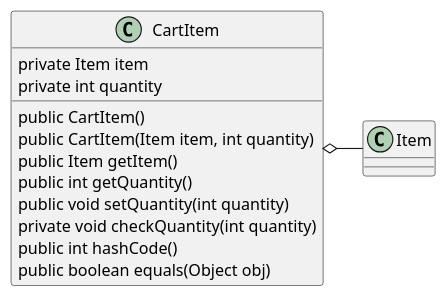
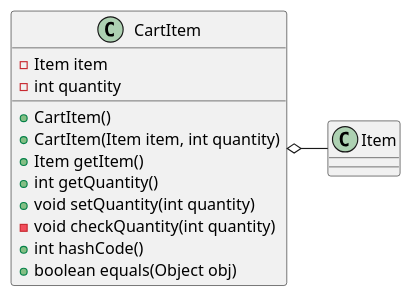
One commit to Peter408/POST-console-application changed the diagram in plantuml/item/cartitem.wsd. Above: the diagram before and after it, drawn with PlantUML. The commit also changed 1 other file, not shown here.

Commit message:
fix cartitem uml

```diff
--- a/plantuml/item/cartitem.wsd
+++ b/plantuml/item/cartitem.wsd
@@ -1,17 +1,17 @@
 @startuml cartitem
 class Item
 class CartItem {
-    private Item item
-    private int quantity
-    public CartItem()
-    public CartItem(Item item, int quantity)
-    public Item getItem()
-    public int getQuantity()
-    public void setQuantity(int quantity)
-    private void checkQuantity(int quantity)
-    public int hashCode()
-    public boolean equals(Object obj)
+    - Item item
+    - int quantity
+    + CartItem()
+    + CartItem(Item item, int quantity)
+    + Item getItem()
+    + int getQuantity()
+    + void setQuantity(int quantity)
+    - void checkQuantity(int quantity)
+    + int hashCode()
+    + boolean equals(Object obj)
 }
 
 CartItem o- Item
 @enduml
```
